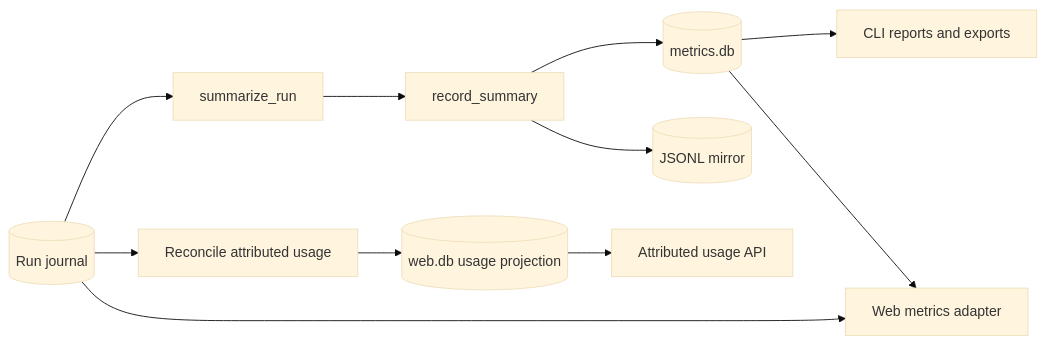
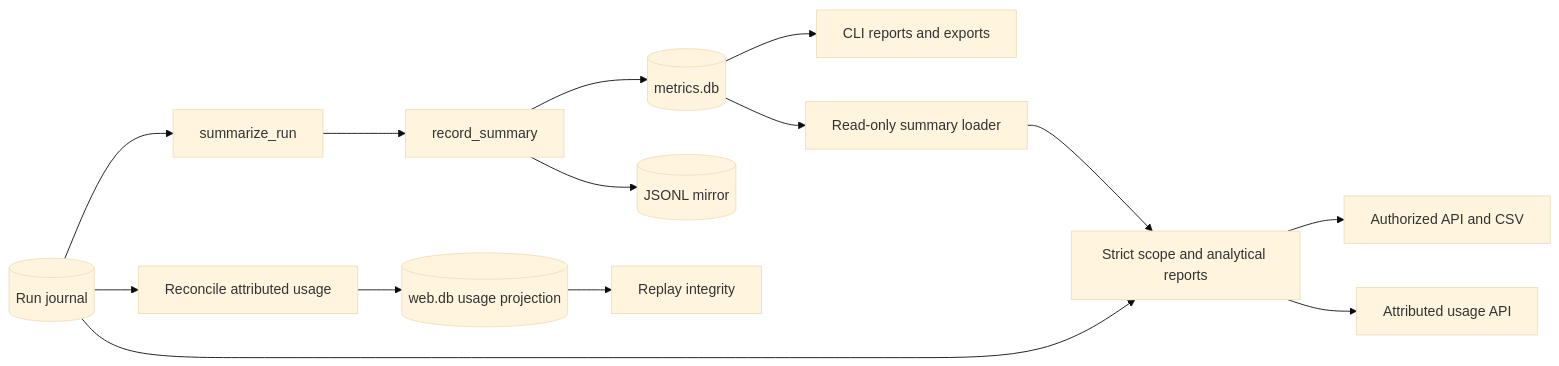
The diagram in .agentic/knowledge/metrics.md (DDP-Engineering/AgenticDeliveryOrchestratorRuntimeEngine), drawn with Mermaid (base theme) before and after one commit. The commit also changed other lines of this file and 47 other files, not shown here.

First line of the commit message:
Implement scoped metrics and usage for issue #14

````diff
--- a/.agentic/knowledge/metrics.md
+++ b/.agentic/knowledge/metrics.md
@@ -65,13 +68,16 @@
 ```mermaid
 flowchart LR
     journal[(Run journal)] --> summarize[summarize_run]
     summarize --> record[record_summary]
     record --> sqlite[(metrics.db)]
     record --> mirror[(JSONL mirror)]
     sqlite --> reports[CLI reports and exports]
-    sqlite --> web[Web metrics adapter]
-    journal --> web
+    sqlite --> readonly[Read-only summary loader]
+    readonly --> analytics[Strict scope and analytical reports]
+    journal --> analytics
+    analytics --> web[Authorized API and CSV]
     journal --> ingest[Reconcile attributed usage]
     ingest --> projection[(web.db usage projection)]
-    projection --> usage[Attributed usage API]
+    projection --> cursor[Replay integrity]
+    analytics --> usage[Attributed usage API]
 ```
````
